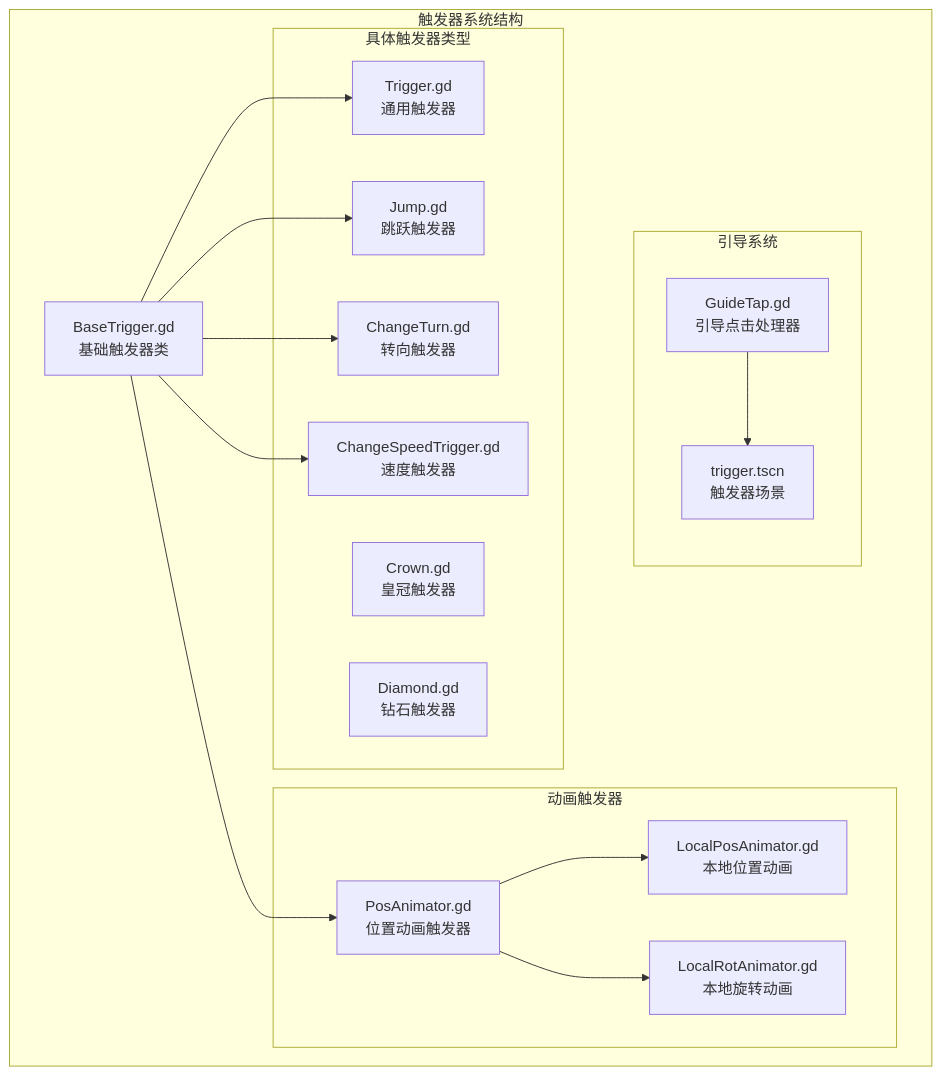
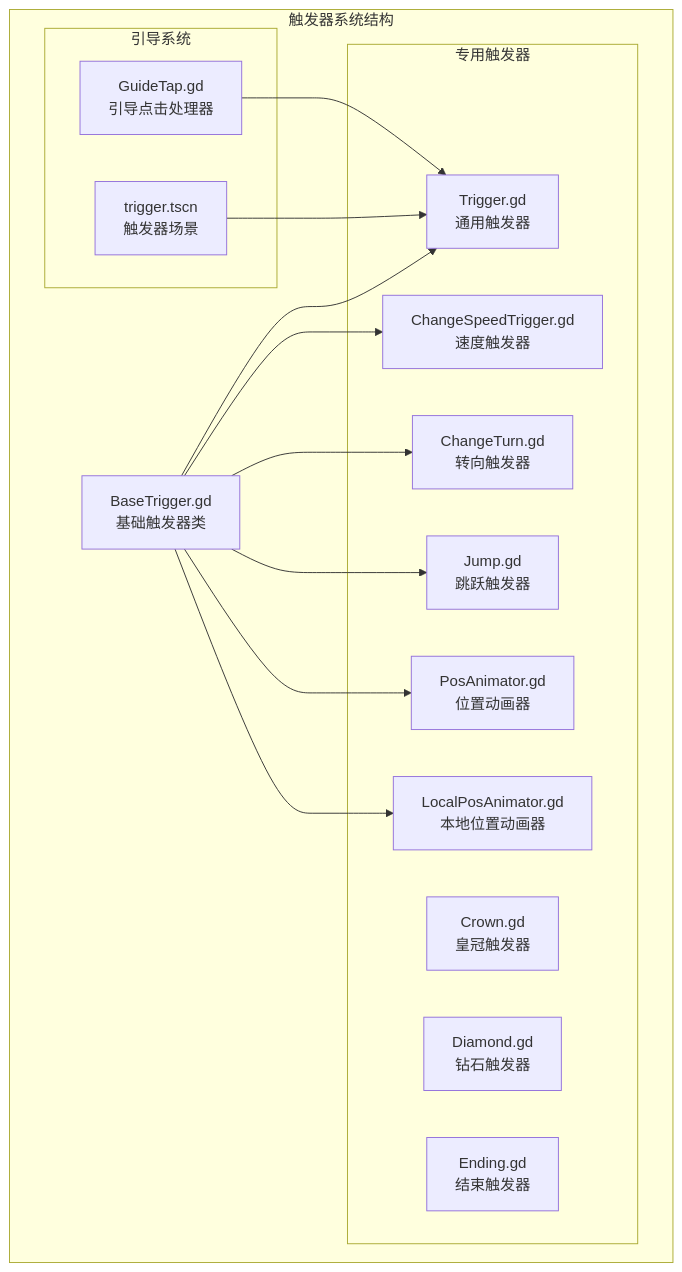
One commit to godotline/godot-line changed the first of 7 diagrams in .qoder/repowiki/zh/content/游戏系统/触发器系统/引导触发器.md. Above: the diagram before and after it, drawn with Mermaid. The commit also changed other lines of this file and 212 other files, not shown here.

````diff
--- a/.qoder/repowiki/zh/content/游戏系统/触发器系统/引导触发器.md
+++ b/.qoder/repowiki/zh/content/游戏系统/触发器系统/引导触发器.md
@@ -44,31 +40,29 @@
 ```mermaid
 graph TB
 subgraph "触发器系统结构"
 BaseTrigger[BaseTrigger.gd<br/>基础触发器类]
-subgraph "具体触发器类型"
+subgraph "专用触发器"
 Trigger[Trigger.gd<br/>通用触发器]
+Speed[ChangeSpeedTrigger.gd<br/>速度触发器]
+Turn[ChangeTurn.gd<br/>转向触发器]
 Jump[Jump.gd<br/>跳跃触发器]
-ChangeTurn[ChangeTurn.gd<br/>转向触发器]
-ChangeSpeed[ChangeSpeedTrigger.gd<br/>速度触发器]
 Crown[Crown.gd<br/>皇冠触发器]
 Diamond[Diamond.gd<br/>钻石触发器]
-end
-subgraph "动画触发器"
-PosAnimator[PosAnimator.gd<br/>位置动画触发器]
-LocalPos[LocalPosAnimator.gd<br/>本地位置动画]
-LocalRot[LocalRotAnimator.gd<br/>本地旋转动画]
+Ending[Ending.gd<br/>结束触发器]
+PosAnim[PosAnimator.gd<br/>位置动画器]
+LocalPos[LocalPosAnimator.gd<br/>本地位置动画器]
 end
 subgraph "引导系统"
 GuideTap[GuideTap.gd<br/>引导点击处理器]
 TriggerScene[trigger.tscn<br/>触发器场景]
 end
 end
 BaseTrigger --> Trigger
+BaseTrigger --> Speed
+BaseTrigger --> Turn
 BaseTrigger --> Jump
-BaseTrigger --> ChangeTurn
-BaseTrigger --> ChangeSpeed
-BaseTrigger --> PosAnimator
-PosAnimator --> LocalPos
-PosAnimator --> LocalRot
-GuideTap --> TriggerScene
+BaseTrigger --> PosAnim
+BaseTrigger --> LocalPos
+GuideTap --> Trigger
+TriggerScene --> Trigger
 ```
````
